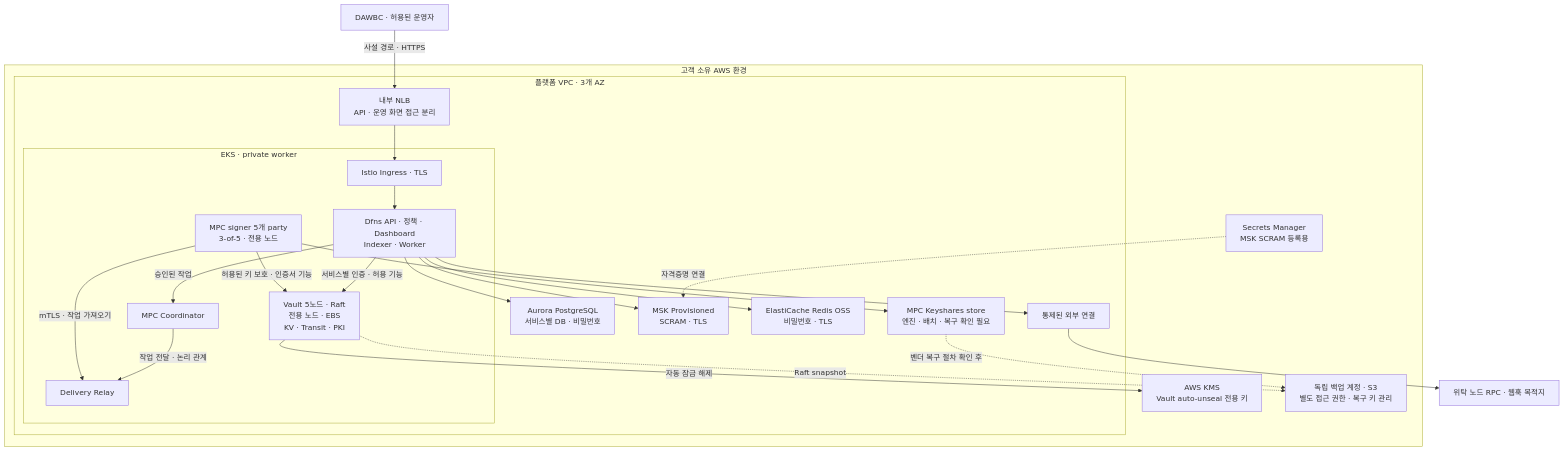
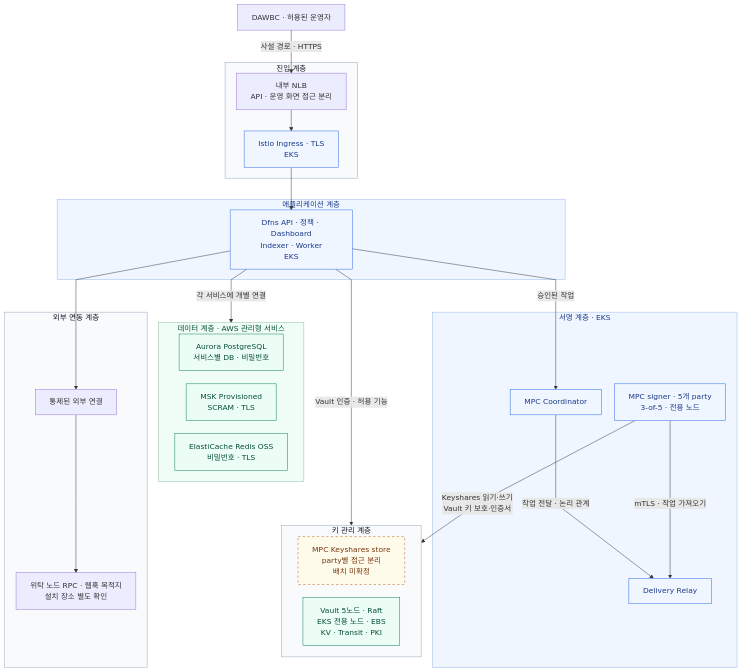
The seventh of 8 diagrams in blockchain-manager/docs/WaaS 도입·구축/Dfns/03-baseline-datacenter-design.md (eunsujeo/eunpus), drawn with Mermaid before and after one commit. The commit also changed other lines of this file and 2 other files, not shown here.

Commit message:
docs: group Dfns Baseline diagrams by architecture layer

````diff
--- a/blockchain-manager/docs/WaaS 도입·구축/Dfns/03-baseline-datacenter-design.md
+++ b/blockchain-manager/docs/WaaS 도입·구축/Dfns/03-baseline-datacenter-design.md
@@ -416,43 +506,53 @@
 ```mermaid
+%%{init: {"flowchart": {"nodeSpacing": 28, "rankSpacing": 45, "curve": "linear"}, "themeCSS": "foreignObject { line-height: 1.5; }"}}%%
 flowchart TB
     CLIENT["DAWBC · 허용된 운영자"]
-    subgraph ACCOUNT["고객 소유 AWS 환경"]
-        subgraph VPC["플랫폼 VPC · 3개 AZ"]
-            LB["내부 NLB<br/>API · 운영 화면 접근 분리"]
-            subgraph EKS["EKS · private worker"]
-                INGRESS["Istio Ingress · TLS"]
-                APP["Dfns API · 정책 · Dashboard<br/>Indexer · Worker"]
-                COORD["MPC Coordinator"]
-                RELAY["Delivery Relay"]
-                SIGN["MPC signer 5개 party<br/>3-of-5 · 전용 노드"]
-                VAULT["Vault 5노드 · Raft<br/>전용 노드 · EBS<br/>KV · Transit · PKI"]
-                INGRESS --> APP
-                APP -->|"승인된 작업"| COORD
-                COORD -->|"작업 전달 · 논리 관계"| RELAY
-                SIGN -->|"mTLS · 작업 가져오기"| RELAY
-                APP -->|"서비스별 인증 · 허용 기능"| VAULT
-                SIGN -->|"허용된 키 보호 · 인증서 기능"| VAULT
-            end
-            DB["Aurora PostgreSQL<br/>서비스별 DB · 비밀번호"]
-            MSK["MSK Provisioned<br/>SCRAM · TLS"]
-            CACHE["ElastiCache Redis OSS<br/>비밀번호 · TLS"]
-            KEYS["MPC Keyshares store<br/>엔진 · 배치 · 복구 확인 필요"]
-            OUT["통제된 외부 연결"]
-            LB --> INGRESS
-            APP --> DB
-            APP --> MSK
-            APP --> CACHE
-            SIGN --> KEYS
-            APP --> OUT
-        end
-        KMS["AWS KMS<br/>Vault auto-unseal 전용 키"]
-        SCRAM["Secrets Manager<br/>MSK SCRAM 등록용"]
-        BACKUP["독립 백업 계정 · S3<br/>별도 접근 권한 · 복구 키 관리"]
-        VAULT -->|"자동 잠금 해제"| KMS
-        SCRAM -.->|"자격증명 연결"| MSK
-        VAULT -.->|"Raft snapshot"| BACKUP
-        KEYS -.->|"벤더 복구 절차 확인 후"| BACKUP
+    subgraph ENTRY["진입 계층"]
+        LB["내부 NLB<br/>API · 운영 화면 접근 분리"]
+        INGRESS["Istio Ingress · TLS<br/>EKS"]
+        LB --> INGRESS
+    end
+    subgraph APPLICATION["애플리케이션 계층"]
+        APP["Dfns API · 정책 · Dashboard<br/>Indexer · Worker<br/>EKS"]
+    end
+    subgraph SIGNING["서명 계층 · EKS"]
+        COORD["MPC Coordinator"]
+        RELAY["Delivery Relay"]
+        SIGN["MPC signer · 5개 party<br/>3-of-5 · 전용 노드"]
+        COORD -->|"작업 전달 · 논리 관계"| RELAY
+        SIGN -->|"mTLS · 작업 가져오기"| RELAY
+    end
+    subgraph DATA["데이터 계층 · AWS 관리형 서비스"]
+        DB["Aurora PostgreSQL<br/>서비스별 DB · 비밀번호"]
+        KAFKA["MSK Provisioned<br/>SCRAM · TLS"]
+        CACHE["ElastiCache Redis OSS<br/>비밀번호 · TLS"]
+    end
+    subgraph KEYMGMT["키 관리 계층"]
+        KEYS["MPC Keyshares store<br/>party별 접근 분리<br/>배치 미확정"]
+        VAULT["Vault 5노드 · Raft<br/>EKS 전용 노드 · EBS<br/>KV · Transit · PKI"]
+    end
+    subgraph EXTERNAL["외부 연동 계층"]
+        OUT["통제된 외부 연결"]
+        RPC["위탁 노드 RPC · 웹훅 목적지<br/>설치 장소 별도 확인"]
+        OUT --> RPC
     end
     CLIENT -->|"사설 경로 · HTTPS"| LB
-    OUT --> RPC["위탁 노드 RPC · 웹훅 목적지"]
+    INGRESS --> APP
+    APP -->|"승인된 작업"| COORD
+    APP -->|"각 서비스에 개별 연결"| DATA
+    APP --> OUT
+    APP -->|"Vault 인증 · 허용 기능"| KEYMGMT
+    SIGN -->|"Keyshares 읽기·쓰기<br/>Vault 키 보호·인증서"| KEYMGMT
+    classDef runtime fill:#eff6ff,stroke:#2563eb,color:#1e3a8a
+    classDef data fill:#ecfdf5,stroke:#047857,color:#064e3b
+    classDef pending fill:#fffbeb,stroke:#b45309,color:#78350f,stroke-dasharray:5 5
+    class INGRESS,APP,COORD,RELAY,SIGN runtime
+    class DB,KAFKA,CACHE,VAULT data
+    class KEYS pending
+    style ENTRY fill:#f8fafc,stroke:#94a3b8,color:#0f172a
+    style APPLICATION fill:#eff6ff,stroke:#93b4ee,color:#1e3a8a
+    style SIGNING fill:#eff6ff,stroke:#93b4ee,color:#1e3a8a
+    style DATA fill:#f0fdf4,stroke:#86bda5,color:#064e3b
+    style KEYMGMT fill:#f8fafc,stroke:#94a3b8,color:#0f172a
+    style EXTERNAL fill:#f8fafc,stroke:#94a3b8,color:#0f172a
 ```
````
